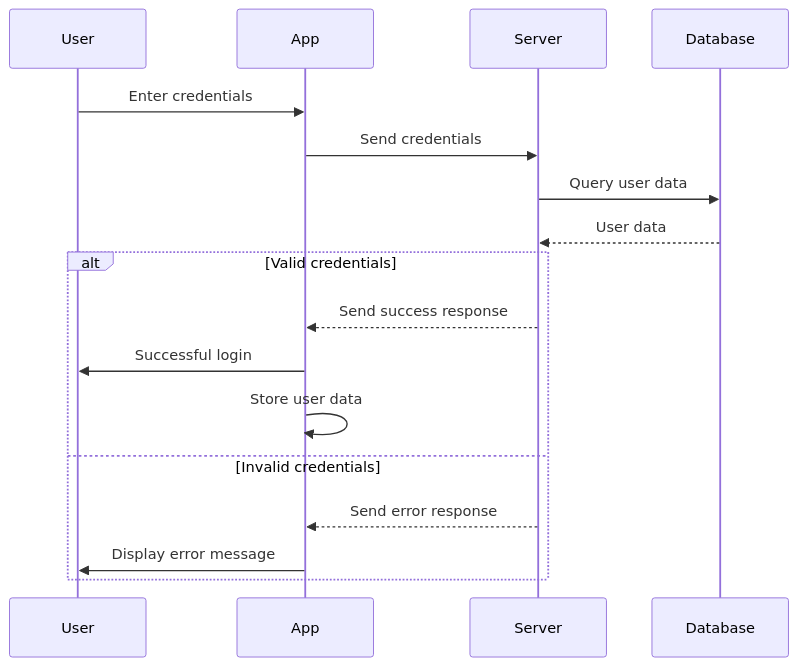
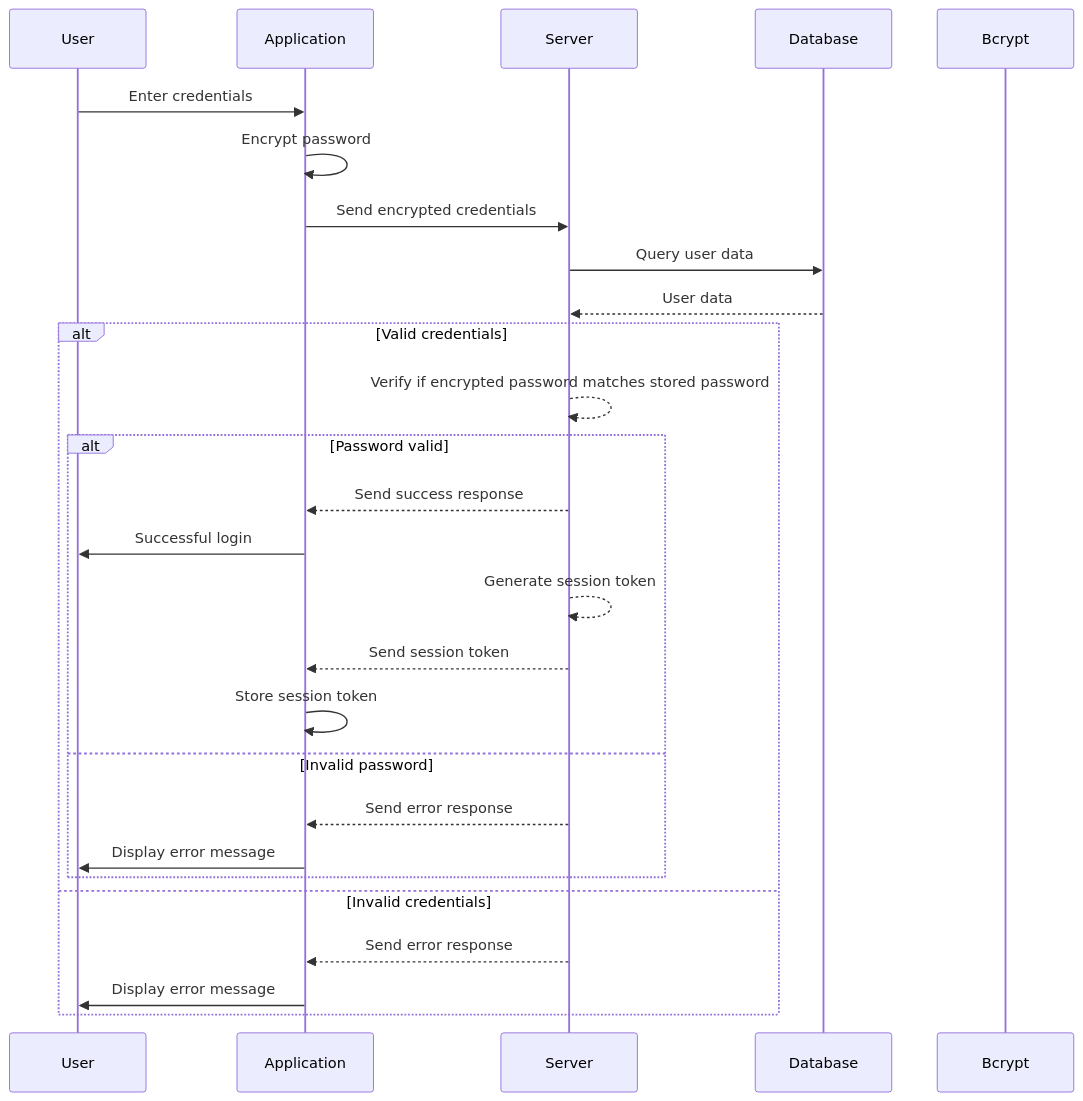
One commit to VictorVMHC/located changed the first of 2 diagrams in docs/LogInFlow.md. Above: the diagram before and after it, drawn with Mermaid.

Commit message:
Added loging flow in docs

````diff
--- a/docs/LogInFlow.md
+++ b/docs/LogInFlow.md
@@ -3,22 +3,31 @@
 ```mermaid
 sequenceDiagram
-    participant User
-    participant App
-    participant Server
-    participant Database
+    participant User as User
+    participant App as Application
+    participant Server as Server
+    participant Database as Database
+    participant Bcrypt as Bcrypt
 
     User->>App: Enter credentials
-    App->>Server: Send credentials
+    App->>App: Encrypt password
+    App->>Server: Send encrypted credentials
     Server->>Database: Query user data
     Database-->>Server: User data
 
     alt Valid credentials
-        Server-->>App: Send success response
-        App->>User: Successful login
-        App->>App: Store user data
+        Server-->>Server: Verify if encrypted password matches stored password
+        alt Password valid
+            Server-->>App: Send success response
+            App->>User: Successful login
+            Server-->>Server: Generate session token
+            Server-->>App: Send session token
+            App->>App: Store session token
+        else Invalid password
+            Server-->>App: Send error response
+            App->>User: Display error message
+        end
     else Invalid credentials
         Server-->>App: Send error response
         App->>User: Display error message
     end
-
 ```
````
